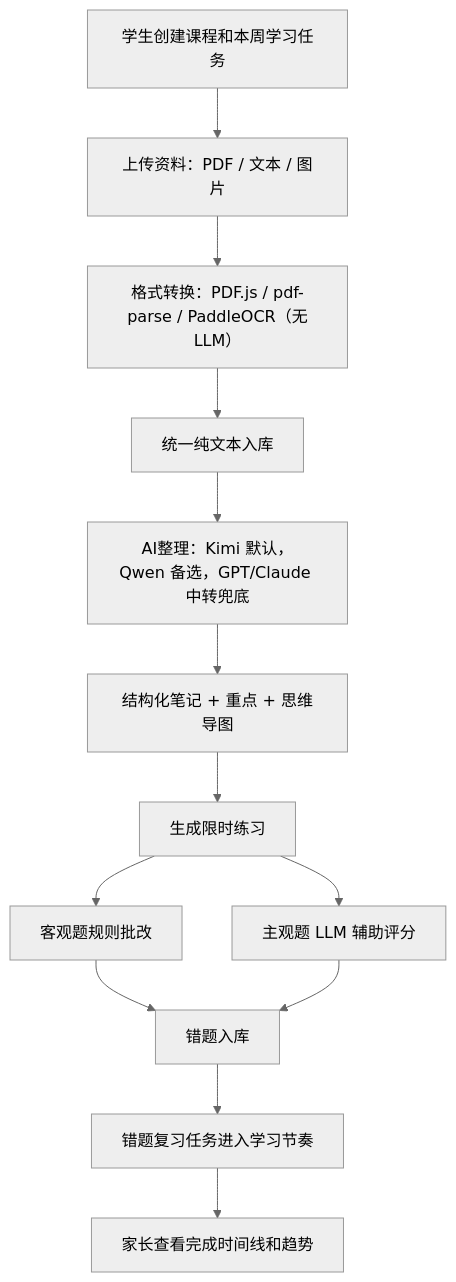
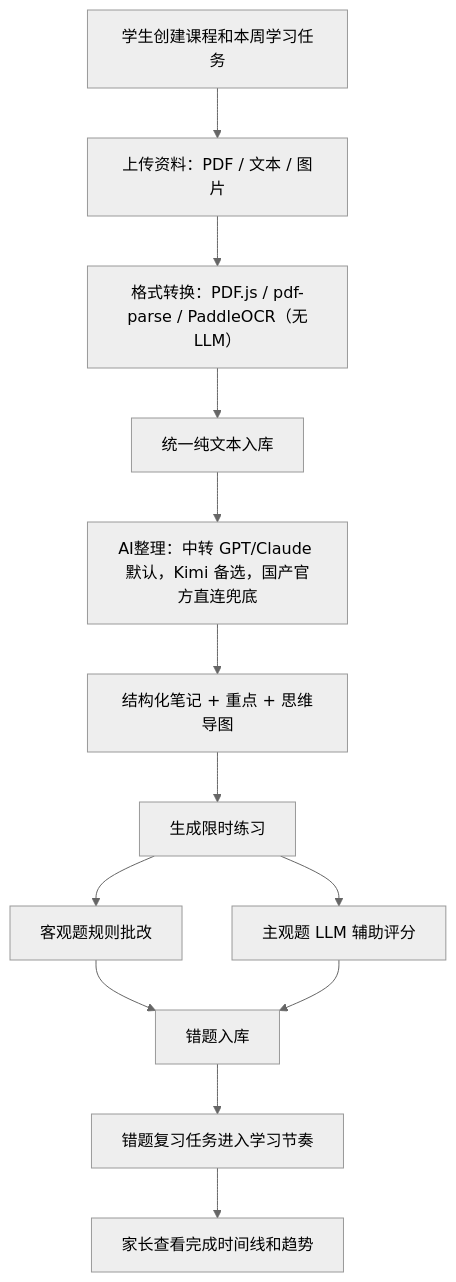
The second of 4 diagrams in docs/01-总PRD-产品需求-Product-Requirements.md (everything-is-simple/ai-studybuddy), drawn with Mermaid (neutral theme) before and after one commit. The commit also changed other lines of this file and 1 other file, not shown here.

First line of the commit message:
docs: 修订 PRD 与子系统地图——异地远程形态、学生主视角、AI 中转默认路由

````diff
--- a/docs/01-总PRD-产品需求-Product-Requirements.md
+++ b/docs/01-总PRD-产品需求-Product-Requirements.md
@@ -130,15 +137,15 @@
 ```mermaid
 flowchart TD
   A["学生创建课程和本周学习任务"] --> B["上传资料：PDF / 文本 / 图片"]
   B --> C["格式转换：PDF.js / pdf-parse / PaddleOCR（无LLM）"]
   C --> D["统一纯文本入库"]
-  D --> E["AI整理：Kimi 默认，Qwen 备选，GPT/Claude 中转兜底"]
+  D --> E["AI整理：中转 GPT/Claude 默认，Kimi 备选，国产官方直连兜底"]
   E --> F["结构化笔记 + 重点 + 思维导图"]
   F --> G["生成限时练习"]
   G --> H1["客观题规则批改"]
   G --> H2["主观题 LLM 辅助评分"]
   H1 --> I["错题入库"]
   H2 --> I
   I --> J["错题复习任务进入学习节奏"]
   J --> K["家长查看完成时间线和趋势"]
 ```
````
